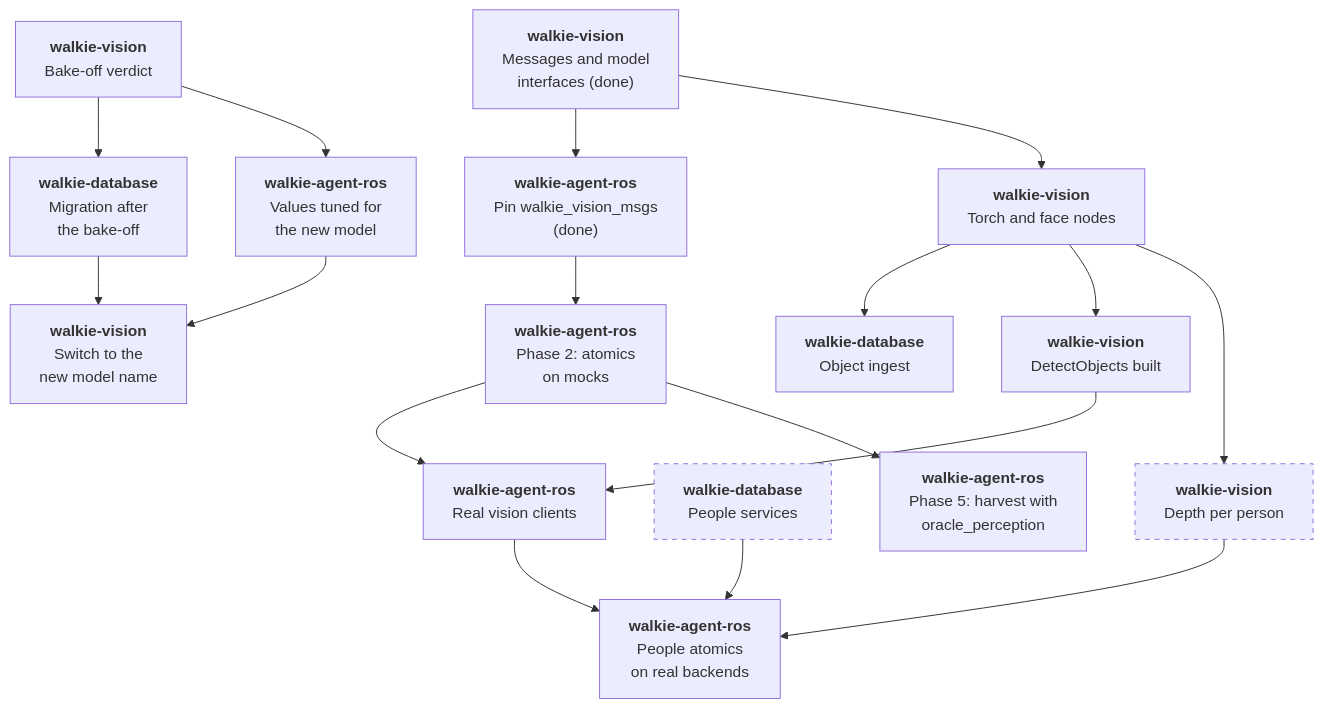
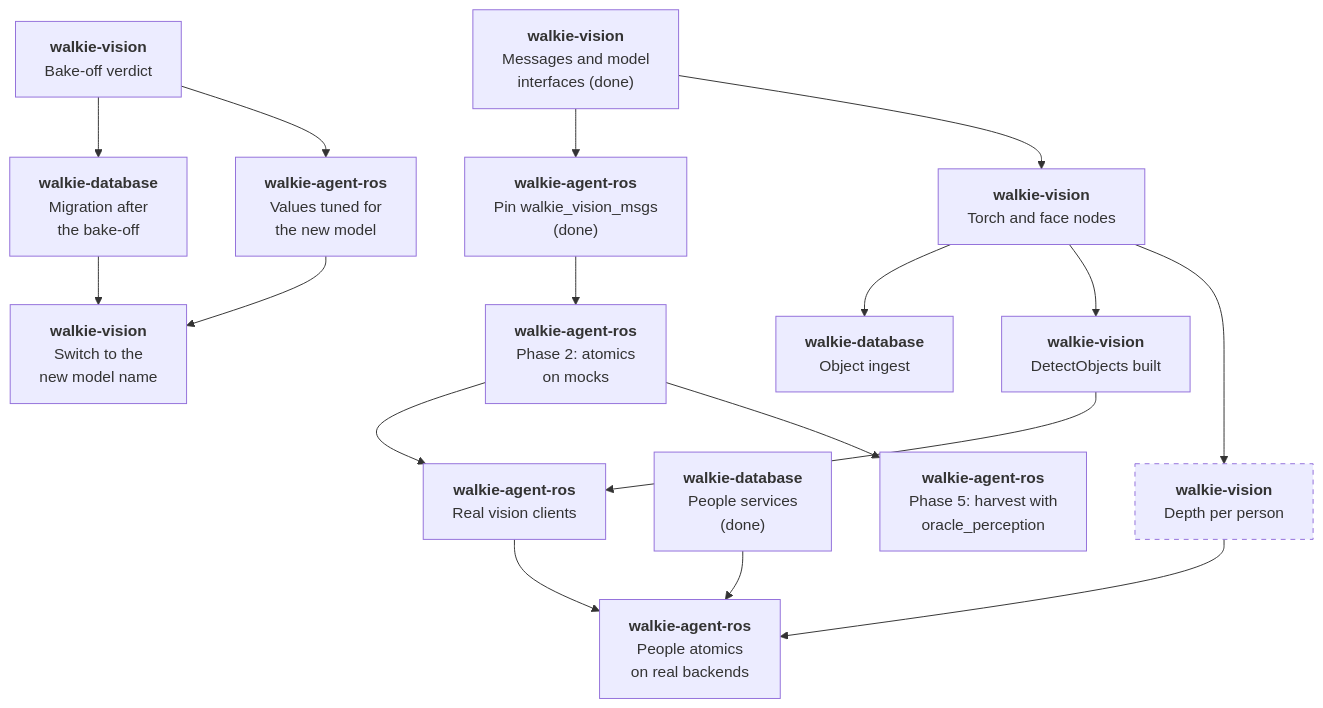
One commit to EIC-Robocup-2026/walkie-agent-ros changed the fourth of 4 diagrams in docs/architecture/perception.md. Above: the diagram before and after it, drawn with Mermaid. The commit also changed other lines of this file and 21 other files, not shown here.

First line of the commit message:
feat: remember and recognise people through walkie-database's people services

````diff
--- a/docs/architecture/perception.md
+++ b/docs/architecture/perception.md
@@ -328,36 +361,36 @@
 ```mermaid
 flowchart TB
     v0["<b>walkie-vision</b><br/>Messages and model<br/>interfaces (done)"]
     v1["<b>walkie-vision</b><br/>Torch and face nodes"]
     v2["<b>walkie-vision</b><br/>Bake-off verdict"]
     v3["<b>walkie-vision</b><br/>DetectObjects built"]
     v4["<b>walkie-vision</b><br/>Depth per person"]:::proposed
     v5["<b>walkie-vision</b><br/>Switch to the<br/>new model name"]
     d1["<b>walkie-database</b><br/>Object ingest"]
     d2["<b>walkie-database</b><br/>Migration after<br/>the bake-off"]
-    d3["<b>walkie-database</b><br/>People services"]:::proposed
+    d3["<b>walkie-database</b><br/>People services<br/>(done)"]
     a0["<b>walkie-agent-ros</b><br/>Pin walkie_vision_msgs<br/>(done)"]
     a1["<b>walkie-agent-ros</b><br/>Phase 2: atomics<br/>on mocks"]
     a2["<b>walkie-agent-ros</b><br/>Real vision clients"]
     a3["<b>walkie-agent-ros</b><br/>Values tuned for<br/>the new model"]
     a4["<b>walkie-agent-ros</b><br/>People atomics<br/>on real backends"]
     a5["<b>walkie-agent-ros</b><br/>Phase 5: harvest with<br/>oracle_perception"]
 
     v0 --> a0 --> a1
     v0 --> v1
     v1 --> d1
     v1 --> v3
     v1 --> v4
     v3 --> a2
     a1 --> a2
     a1 --> a5
     v2 --> d2
     v2 --> a3
     d2 --> v5
     a3 --> v5
     v4 --> a4
     d3 --> a4
     a2 --> a4
 
     classDef proposed stroke-dasharray: 5 5;
 ```
````
